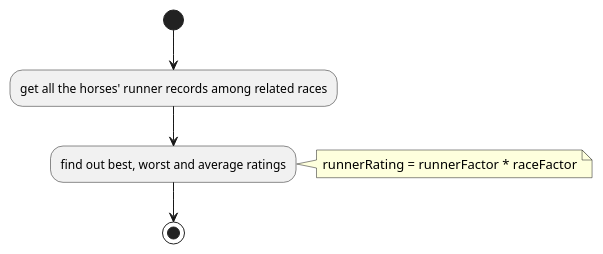
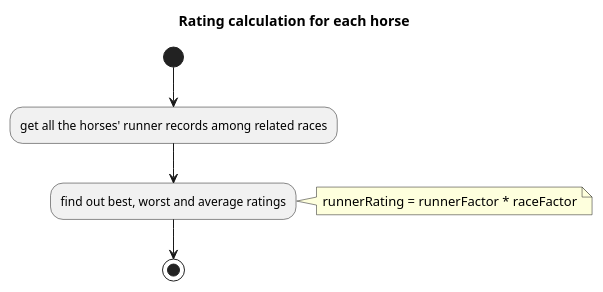
Before and after one commit to Ramadamadam/fl-track-mate-rating-algorithm: the diagram in doc/java-code-flow/04.final-rating-calculation-for-each-horse.puml, drawn with PlantUML. The commit also changed 4 other files, not shown here.

```diff
--- a/doc/java-code-flow/04.final-rating-calculation-for-each-horse.puml
+++ b/doc/java-code-flow/04.final-rating-calculation-for-each-horse.puml
@@ -1,9 +1,10 @@
 @startuml
+title Rating calculation for each horse
 (*) --> "get all the horses' runner records among related races"
 
 "get all the horses' runner records among related races" --> "find out best, worst and average ratings"
 note right
 runnerRating = runnerFactor * raceFactor
 end note
 "find out best, worst and average ratings" --> (*)
 @enduml
```
